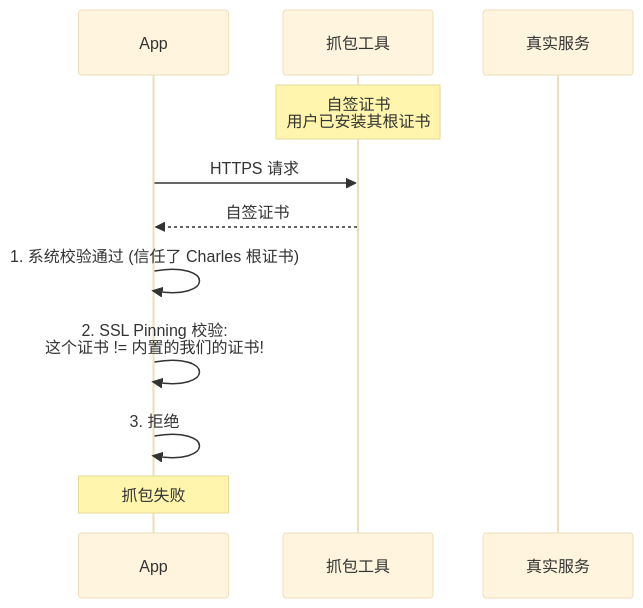
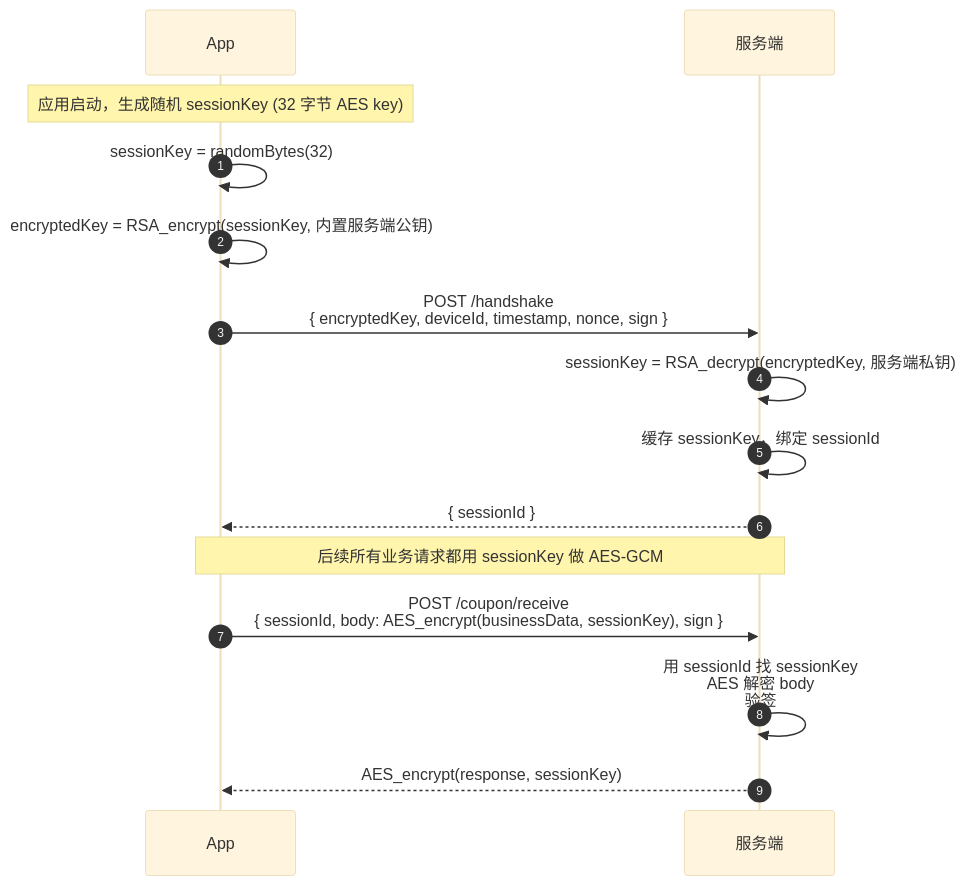
The sixth of 10 diagrams in docs/10.真经/05.方案设计思想/17.移动端防抓包实践.md (chongyang211/YCBookBlog), drawn with Mermaid (base theme) before and after one commit. The commit also changed other lines of this file and 36 other files, not shown here.

````diff
--- a/docs/10.真经/05.方案设计思想/17.移动端防抓包实践.md
+++ b/docs/10.真经/05.方案设计思想/17.移动端防抓包实践.md
@@ -352,17 +423,17 @@
 ```mermaid
 sequenceDiagram
+    autonumber
     participant App as App
-    participant Charles as 抓包工具
-    participant Server as 真实服务
-    
-    Note over Charles: 自签证书<br/>用户已安装其根证书
-    
-    App->>Charles: HTTPS 请求
-    Charles-->>App: 自签证书
-    
-    App->>App: 1. 系统校验通过 (信任了 Charles 根证书)
-    App->>App: 2. SSL Pinning 校验:<br/>这个证书 != 内置的我们的证书!
-    App->>App: 3. 拒绝
-    
-    Note over App: 抓包失败
+    participant Srv as 服务端
+    Note over App: 应用启动，生成随机 sessionKey (32 字节 AES key)
+    App->>App: sessionKey = randomBytes(32)
+    App->>App: encryptedKey = RSA_encrypt(sessionKey, 内置服务端公钥)
+    App->>Srv: POST /handshake<br/>{ encryptedKey, deviceId, timestamp, nonce, sign }
+    Srv->>Srv: sessionKey = RSA_decrypt(encryptedKey, 服务端私钥)
+    Srv->>Srv: 缓存 sessionKey，绑定 sessionId
+    Srv-->>App: { sessionId }
+    Note over App,Srv: 后续所有业务请求都用 sessionKey 做 AES-GCM
+    App->>Srv: POST /coupon/receive<br/>{ sessionId, body: AES_encrypt(businessData, sessionKey), sign }
+    Srv->>Srv: 用 sessionId 找 sessionKey<br/>AES 解密 body<br/>验签
+    Srv-->>App: AES_encrypt(response, sessionKey)
 ```
````
